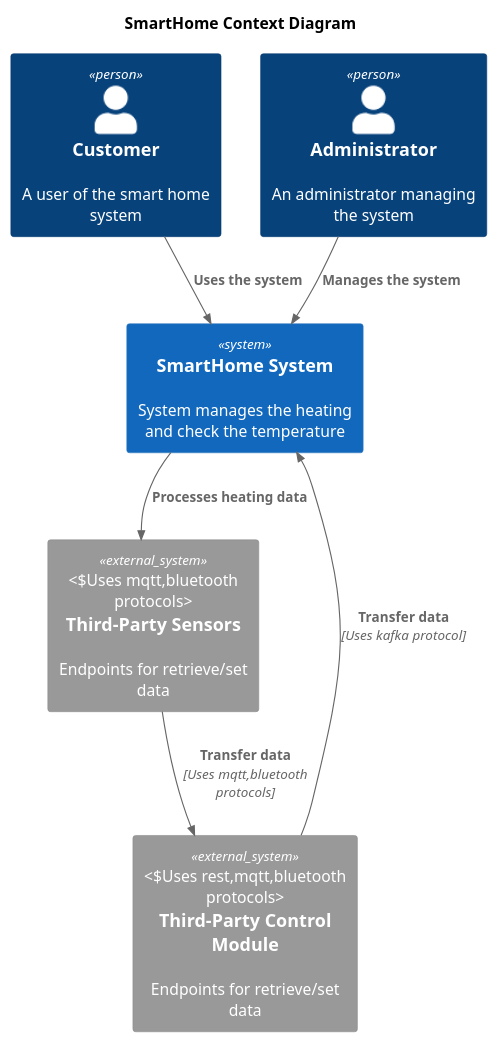
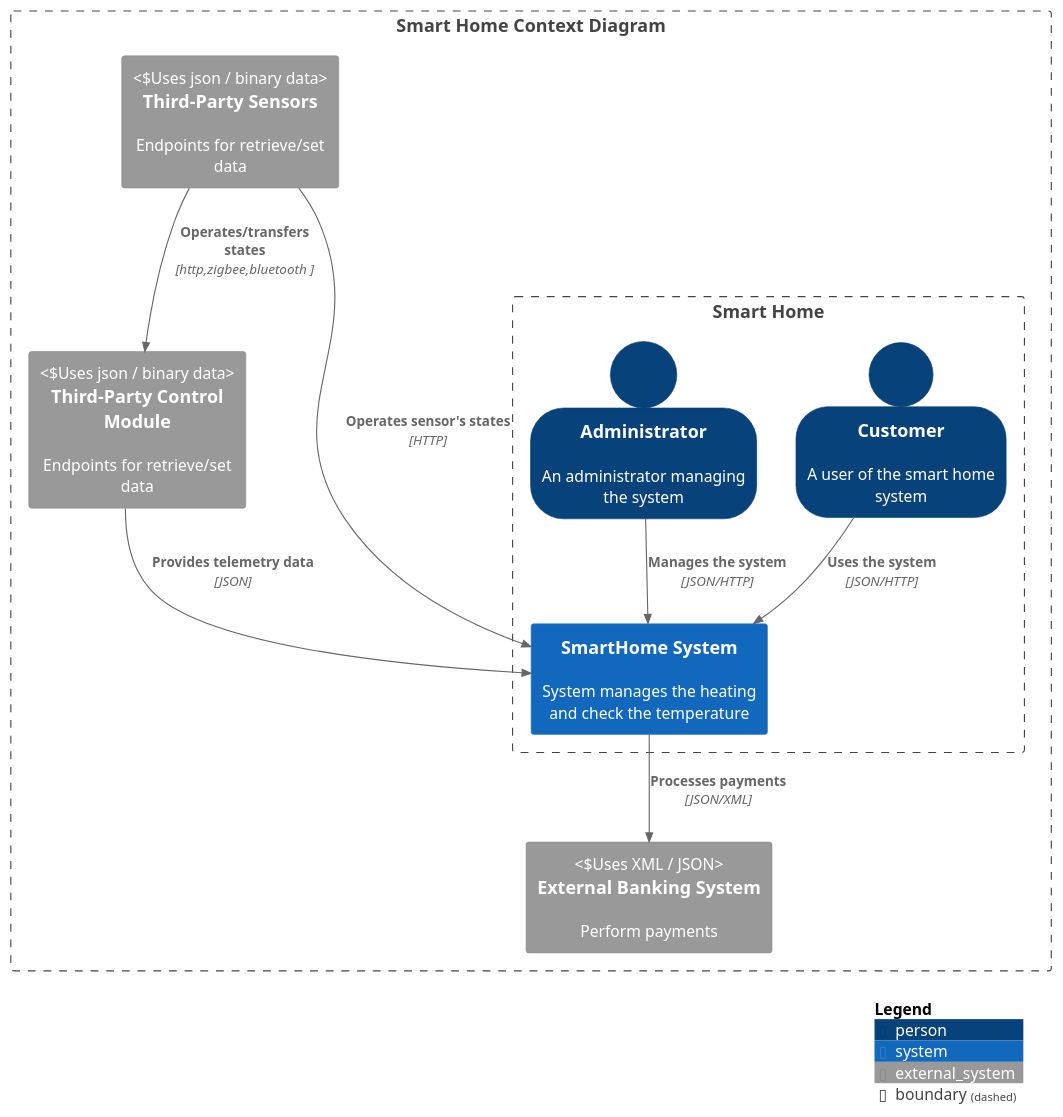
Before and after one commit to belkevglaz/yc-apo-sprint3: the diagram in docs/docs/assets/target/ContextDiagram.md, drawn with PlantUML. The commit also changed 14 other files, not shown here.

````diff
--- a/docs/docs/assets/target/ContextDiagram.md
+++ b/docs/docs/assets/target/ContextDiagram.md
@@ -1,25 +1,35 @@
 ```puml
 @startuml
-title SmartHome Context Diagram
 
 top to bottom direction
 
 !includeurl https://raw.githubusercontent.com/RicardoNiepel/C4-PlantUML/master/C4_Context.puml
 
-Person(customer, "Customer", "A user of the smart home system")
-Person(admin, "Administrator", "An administrator managing the system")
+SHOW_PERSON_OUTLINE()
 
-System(smarthome, "SmartHome System", "System manages the heating and check the temperature")
+Boundary(system, "Smart Home Context Diagram") {
+    
+    Boundary(interanl, "Smart Home") {
+        System(smarthome, "SmartHome System", "System manages the heating and check the temperature")
+    
+        Person(customer, "Customer", "A user of the smart home system")
+        Person(admin, "Administrator", "An administrator managing the system")
+    
+        Rel(customer, smarthome, "Uses the system", "JSON/HTTP")
+        Rel(admin,smarthome,"Manages the system",  "JSON/HTTP")
+   
+    }
 
-System_Ext(sensors, "Third-Party Sensors", "Endpoints for retrieve/set data", "Uses mqtt,bluetooth protocols")
-System_Ext(control, "Third-Party Control Module", "Endpoints for retrieve/set data", "Uses rest,mqtt,bluetooth protocols")
+    System_Ext(sensors, "Third-Party Sensors", "Endpoints for retrieve/set data", "Uses json / binary data")
+    System_Ext(control, "Third-Party Control Module", "Endpoints for retrieve/set data", "Uses json / binary data")
+    System_Ext(payment, "External Banking System", "Perform payments", "Uses XML / JSON")
+    
+    Rel(control, smarthome, "Provides telemetry data", "JSON")
+    Rel(sensors, control, "Operates/transfers states", "http,zigbee,bluetooth ")
+    Rel(sensors, smarthome, "Operates sensor's states", "HTTP")
+    Rel(smarthome, payment, "Processes payments", "JSON/XML")
+}
 
-Rel(customer, smarthome, "Uses the system")
-Rel(admin,smarthome,"Manages the system")
-
-Rel(control, smarthome, "Transfer data", "Uses kafka protocol")
-Rel(sensors, control, "Transfer data", "Uses mqtt,bluetooth protocols")
-Rel(smarthome,sensors,"Processes heating data")
-
+SHOW_LEGEND()
 @enduml
 ```
````
